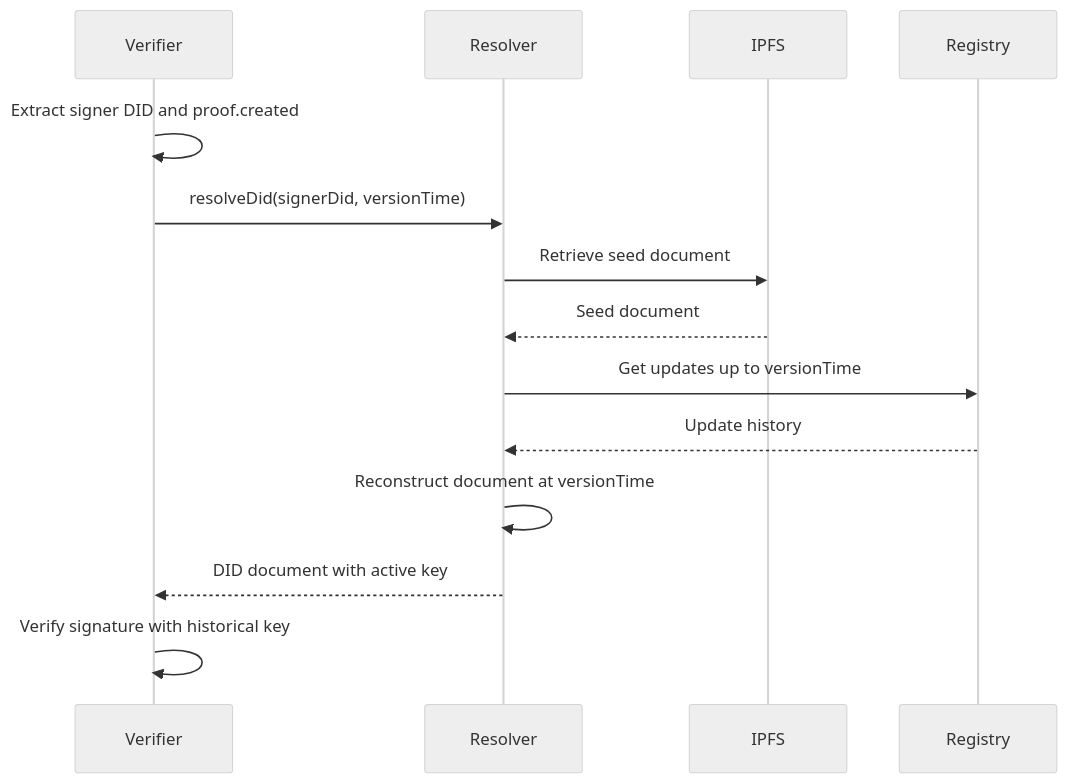
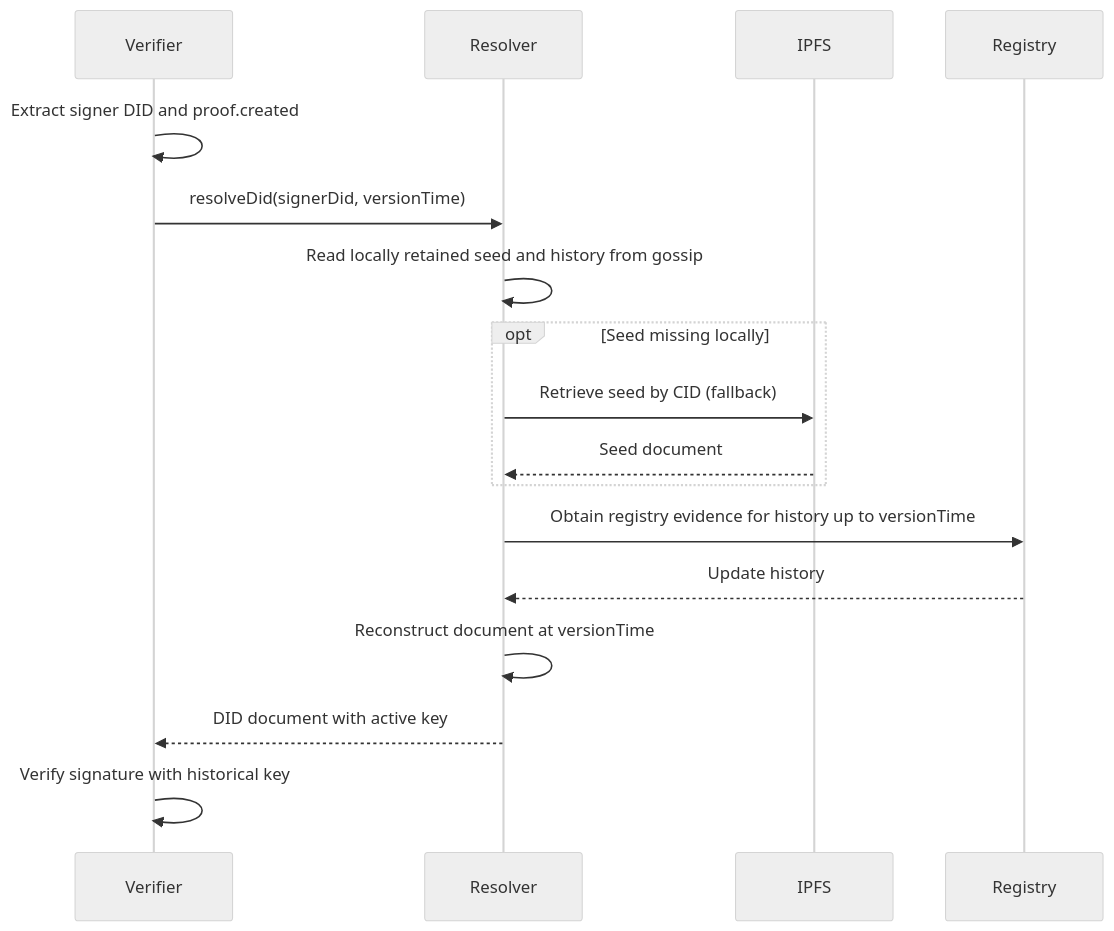
Before and after one commit to archetech/didcid-specs: the diagram in markdown/proof-verification.md, drawn with Mermaid (neutral theme). The commit also changed 11 other files, not shown here.

Commit message:
docs: clarify gossip distribution and IPFS fallback throughout spec

````diff
--- a/markdown/proof-verification.md
+++ b/markdown/proof-verification.md
@@ -60,17 +60,20 @@
 ```mermaid
 sequenceDiagram
     participant Verifier
     participant Resolver
     participant IPFS
     participant Registry
     
     Verifier->>Verifier: Extract signer DID and proof.created
     Verifier->>Resolver: resolveDid(signerDid, versionTime)
-    Resolver->>IPFS: Retrieve seed document
-    IPFS-->>Resolver: Seed document
-    Resolver->>Registry: Get updates up to versionTime
+    Resolver->>Resolver: Read locally retained seed and history from gossip
+    opt Seed missing locally
+        Resolver->>IPFS: Retrieve seed by CID (fallback)
+        IPFS-->>Resolver: Seed document
+    end
+    Resolver->>Registry: Obtain registry evidence for history up to versionTime
     Registry-->>Resolver: Update history
     Resolver->>Resolver: Reconstruct document at versionTime
     Resolver-->>Verifier: DID document with active key
     Verifier->>Verifier: Verify signature with historical key
 ```
````
